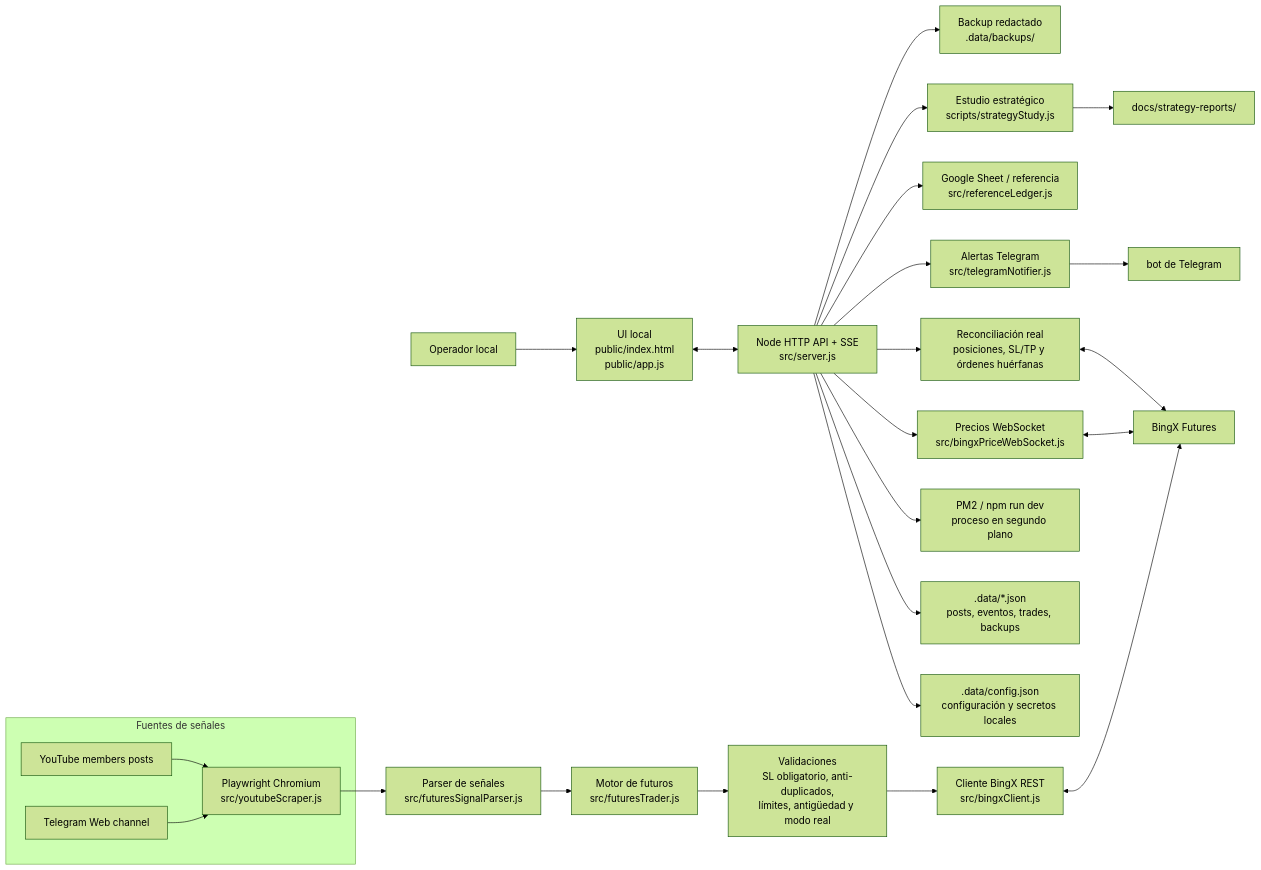
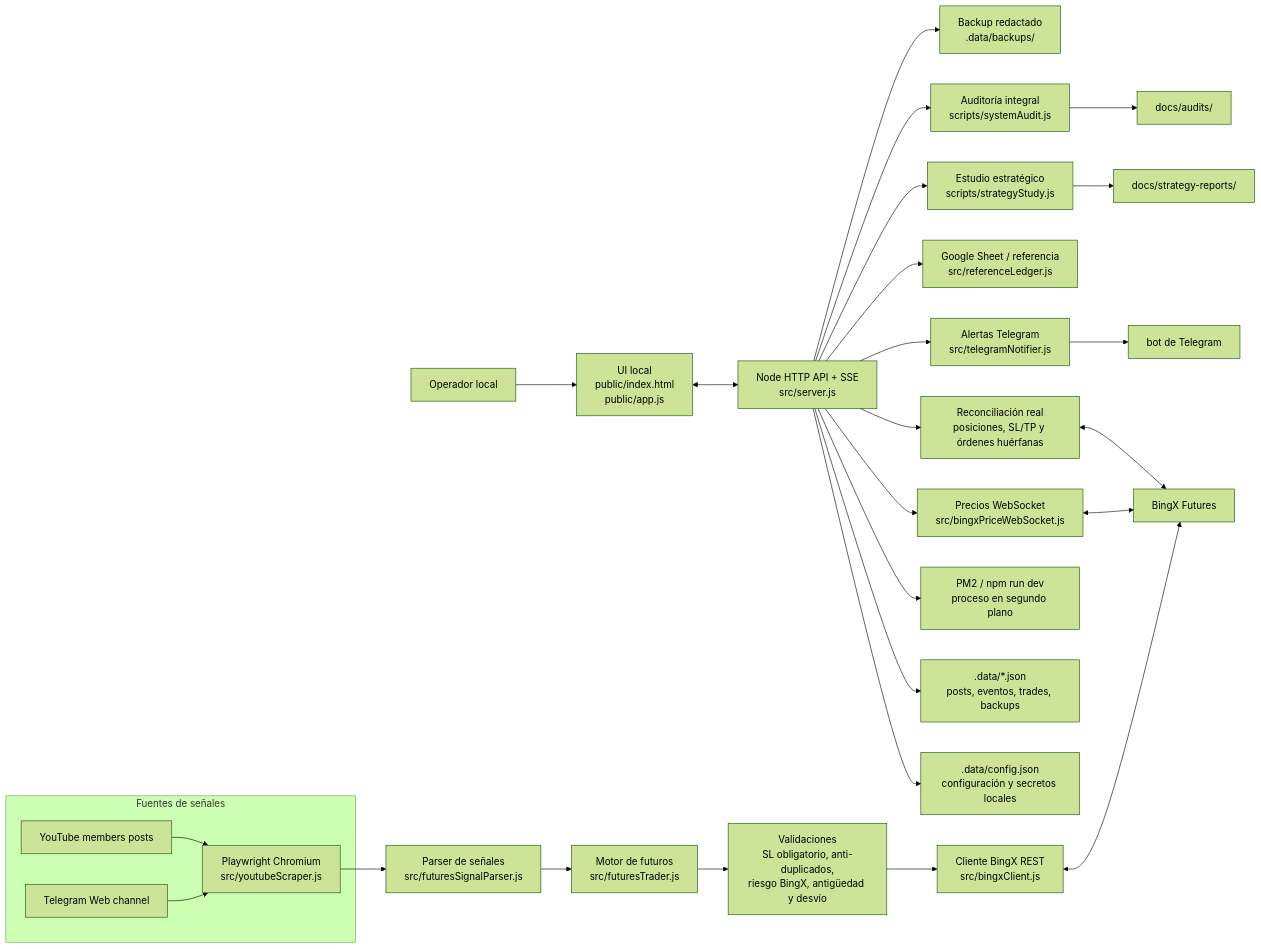
Before and after one commit to JotaTerrasa/yt-members-signal-trader: the diagram in README.md, drawn with Mermaid (forest theme). The commit also changed other lines of this file and 19 other files, not shown here.

````diff
--- a/README.md
+++ b/README.md
@@ -45,32 +47,34 @@
 ```mermaid
 flowchart LR
   operator["Operador local"] --> ui["UI local<br/>public/index.html<br/>public/app.js"]
   ui <--> api["Node HTTP API + SSE<br/>src/server.js"]
   api --> config[".data/config.json<br/>configuración y secretos locales"]
   api --> stores[".data/*.json<br/>posts, eventos, trades, backups"]
   api --> pm2["PM2 / npm run dev<br/>proceso en segundo plano"]
 
   subgraph sources["Fuentes de señales"]
     youtube["YouTube members posts"] --> scraper["Playwright Chromium<br/>src/youtubeScraper.js"]
     telegramWeb["Telegram Web channel"] --> scraper
   end
 
   scraper --> parser["Parser de señales<br/>src/futuresSignalParser.js"]
   parser --> trader["Motor de futuros<br/>src/futuresTrader.js"]
-  trader --> risk["Validaciones<br/>SL obligatorio, anti-duplicados,<br/>límites, antigüedad y modo real"]
+  trader --> risk["Validaciones<br/>SL obligatorio, anti-duplicados,<br/>riesgo BingX, antigüedad y desvío"]
   risk --> bingxClient["Cliente BingX REST<br/>src/bingxClient.js"]
   bingxClient <--> bingx["BingX Futures"]
 
   api --> priceWs["Precios WebSocket<br/>src/bingxPriceWebSocket.js"]
   priceWs <--> bingx
   api --> reconcile["Reconciliación real<br/>posiciones, SL/TP y órdenes huérfanas"]
   reconcile <--> bingx
 
   api --> notifier["Alertas Telegram<br/>src/telegramNotifier.js"]
   notifier --> telegramBot["bot de Telegram"]
 
   api --> sheet["Google Sheet / referencia<br/>src/referenceLedger.js"]
   api --> study["Estudio estratégico<br/>scripts/strategyStudy.js"]
   study --> reports["docs/strategy-reports/"]
+  api --> audit["Auditoría integral<br/>scripts/systemAudit.js"]
+  audit --> auditReports["docs/audits/"]
   api --> backup["Backup redactado<br/>.data/backups/"]
 ```
````
